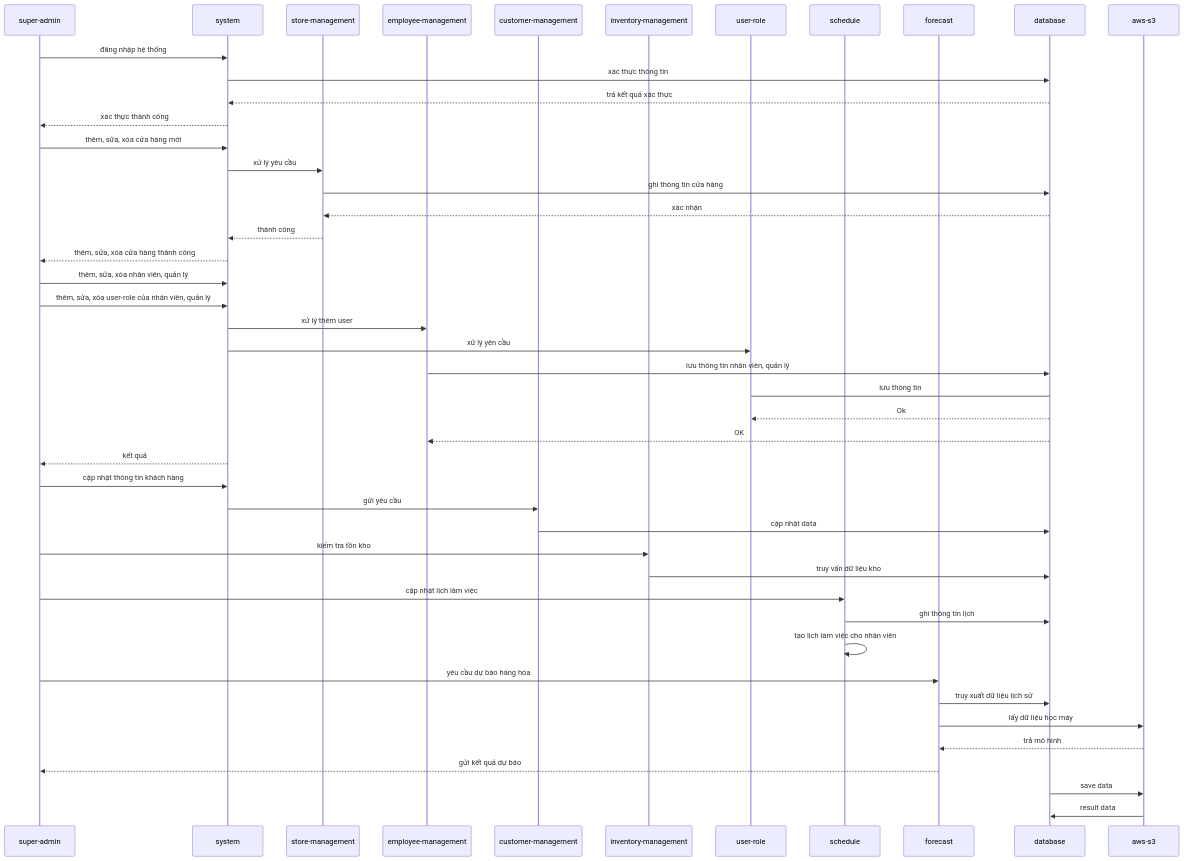
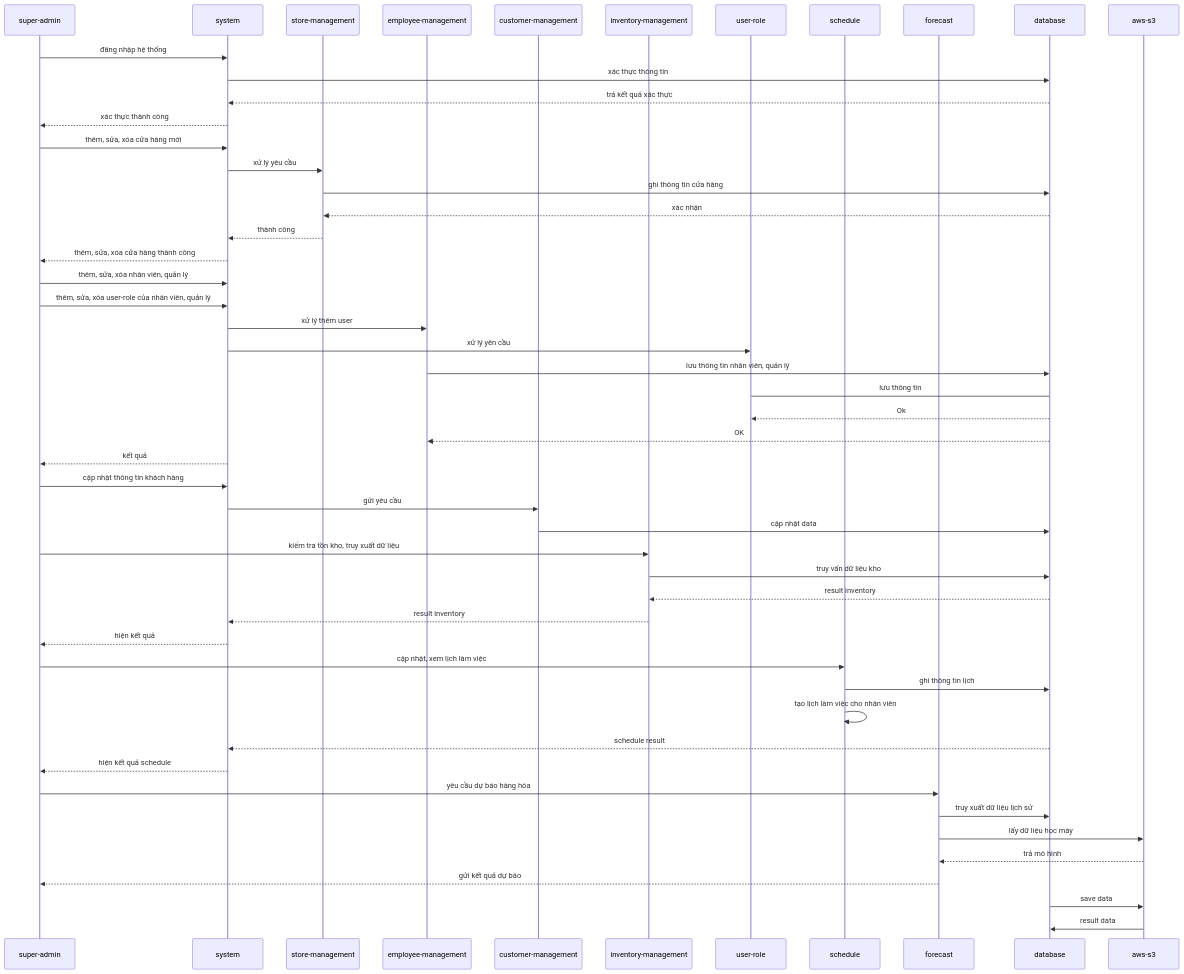
The sixth of 14 diagrams in README.md (vutiendat2302/optima-product-winmart-system), drawn with Mermaid before and after one commit. The commit also changed other lines of this file and 2 other files, not shown here.

````diff
--- a/README.md
+++ b/README.md
@@ -298,65 +312,70 @@
 ``` mermaid
 sequenceDiagram
     participant super-admin
     participant system
     participant store-management
     participant employee-management
     participant customer-management
     participant inventory-management
     participant user-role
     participant schedule
     participant forecast
     participant database
     participant aws-s3
 
     %% start use case
     super-admin->>system: đăng nhập hệ thống
     system->>database: xác thực thông tin
 
     database-->>system: trả kết quả xác thực
     system-->>super-admin: xác thực thành công
 
     %% Quản lý cửa hàng
     super-admin->>system: thêm, sửa, xóa cửa hàng mới
     system->>store-management: xử lý yêu cầu
     store-management->>database: ghi thông tin cửa hàng
     database-->>store-management: xác nhận
     store-management-->>system: thành công
     system-->>super-admin: thêm, sửa, xóa cửa hàng thành công
 
     %% Quản lý nhân viên
     super-admin->>system: thêm, sửa, xóa nhân viên, quản lý
     super-admin ->> system: thêm, sửa, xóa user-role của nhân viên, quản lý
     system->>employee-management: xử lý thêm user
     system ->> user-role: xử lý yên cầu
     employee-management->>database: lưu thông tin nhân viên, quản lý
     user-role -> database: lưu thông tin
     database -->> user-role: Ok
     database-->>employee-management: OK
     system -->> super-admin: kết quả
 
     %% Quản lý khách hàng
     super-admin->>system: cập nhật thông tin khách hàng
     system->>customer-management: gửi yêu cầu
     customer-management->>database: cập nhật data
 
 
     %% Quản lý kho
-    super-admin->>inventory-management: kiểm tra tồn kho
+    super-admin->>inventory-management: kiểm tra tồn kho,  truy xuất dữ liệu
     inventory-management->>database: truy vấn dữ liệu kho
+    database-->> inventory-management: result inventory
+    inventory-management-->>system: result inventory
+    system-->>super-admin: hiện kết quả
 
     %% Quản lý lịch làm việc
-    super-admin->>schedule: cập nhật lịch làm việc
+    super-admin->>schedule: cập nhật, xem lịch làm việc
     schedule->>database: ghi thông tin lịch
     schedule->>schedule: tạo lịch làm việc cho nhân viên
+    database-->> system: schedule result
+    system-->> super-admin: hiện kết quả schedule
 
     %% Dự báo hàng tồn
     super-admin->>forecast: yêu cầu dự báo hàng hóa
     forecast->>database: truy xuất dữ liệu lịch sử
     forecast->>aws-s3: lấy dữ liệu học máy
     aws-s3-->>forecast: trả mô hình
     forecast-->>super-admin: gửi kết quả dự báo
 
     database->> aws-s3: save data
     aws-s3->> database: result data
 ```
````
